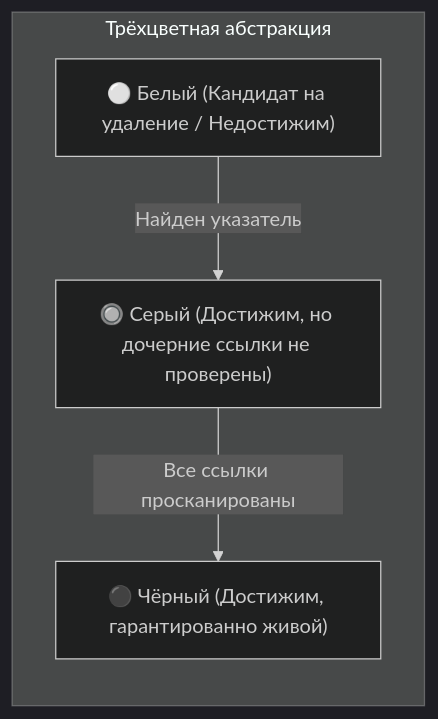
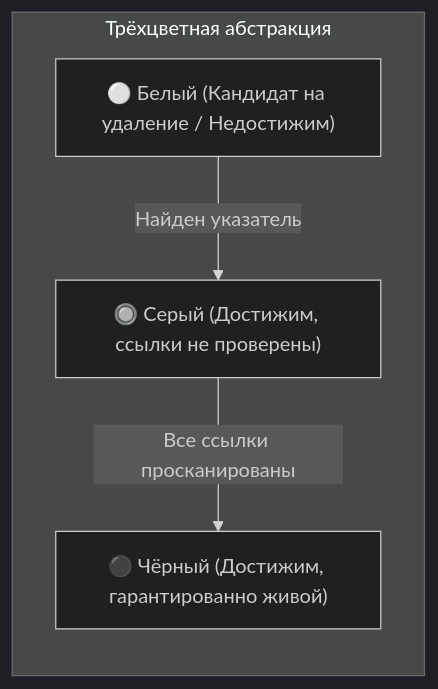
The ninth of 16 diagrams in go-documentation/03-go-core-concurrency.md (Alex808r/go-production-engineering), drawn with Mermaid (dark theme) before and after one commit. The commit also changed other lines of this file and 6 other files, not shown here.

Commit message:
docs(all): fix mermaid syntax errors, escape tokens and prevent preview reset (#72)

````diff
--- a/go-documentation/03-go-core-concurrency.md
+++ b/go-documentation/03-go-core-concurrency.md
@@ -1004,10 +1001,10 @@
 ```mermaid
-graph LR
-    subgraph "Трёхцветная абстракция"
+flowchart LR
+    subgraph Colors ["Трёхцветная абстракция"]
         White["⚪ Белый (Кандидат на удаление / Недостижим)"]
-        Grey["🔘 Серый (Достижим, но дочерние ссылки не проверены)"]
+        Grey["🔘 Серый (Достижим, ссылки не проверены)"]
         Black["⚫ Чёрный (Достижим, гарантированно живой)"]
     end
-    White -->|Найден указатель| Grey
-    Grey -->|Все ссылки просканированы| Black
+    White -->|"Найден указатель"| Grey
+    Grey -->|"Все ссылки просканированы"| Black
 ```
````
